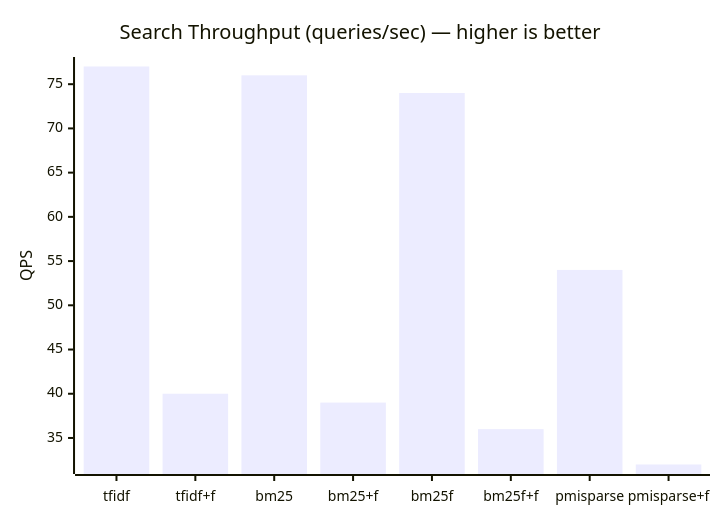
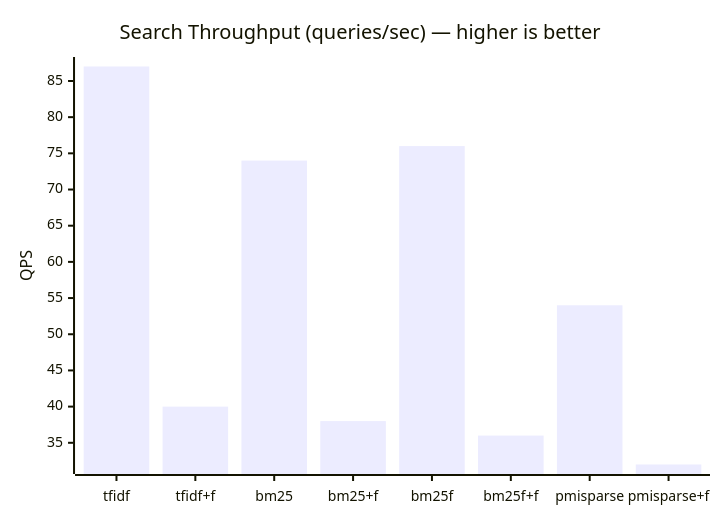
One commit to Rajendertyagi/Mddb changed the second of 2 diagrams in docs/BENCHMARK.md. Above: the diagram before and after it, drawn with Mermaid. The commit also changed other lines of this file and 1 other file, not shown here.

````diff
--- a/docs/BENCHMARK.md
+++ b/docs/BENCHMARK.md
@@ -52,7 +53,7 @@
 ```mermaid
 xychart-beta
     title "Search Throughput (queries/sec) — higher is better"
     x-axis ["tfidf", "tfidf+f", "bm25", "bm25+f", "bm25f", "bm25f+f", "pmisparse", "pmisparse+f"]
     y-axis "QPS"
-    bar [77, 40, 76, 39, 74, 36, 54, 32]
+    bar [87, 40, 74, 38, 76, 36, 54, 32]
 ```
````
